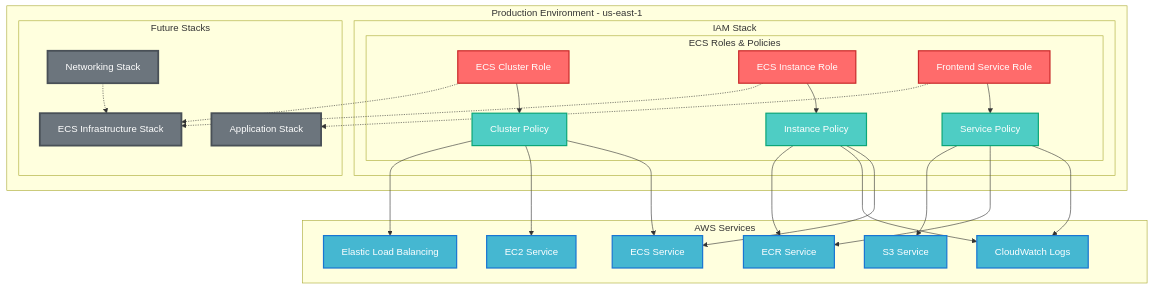
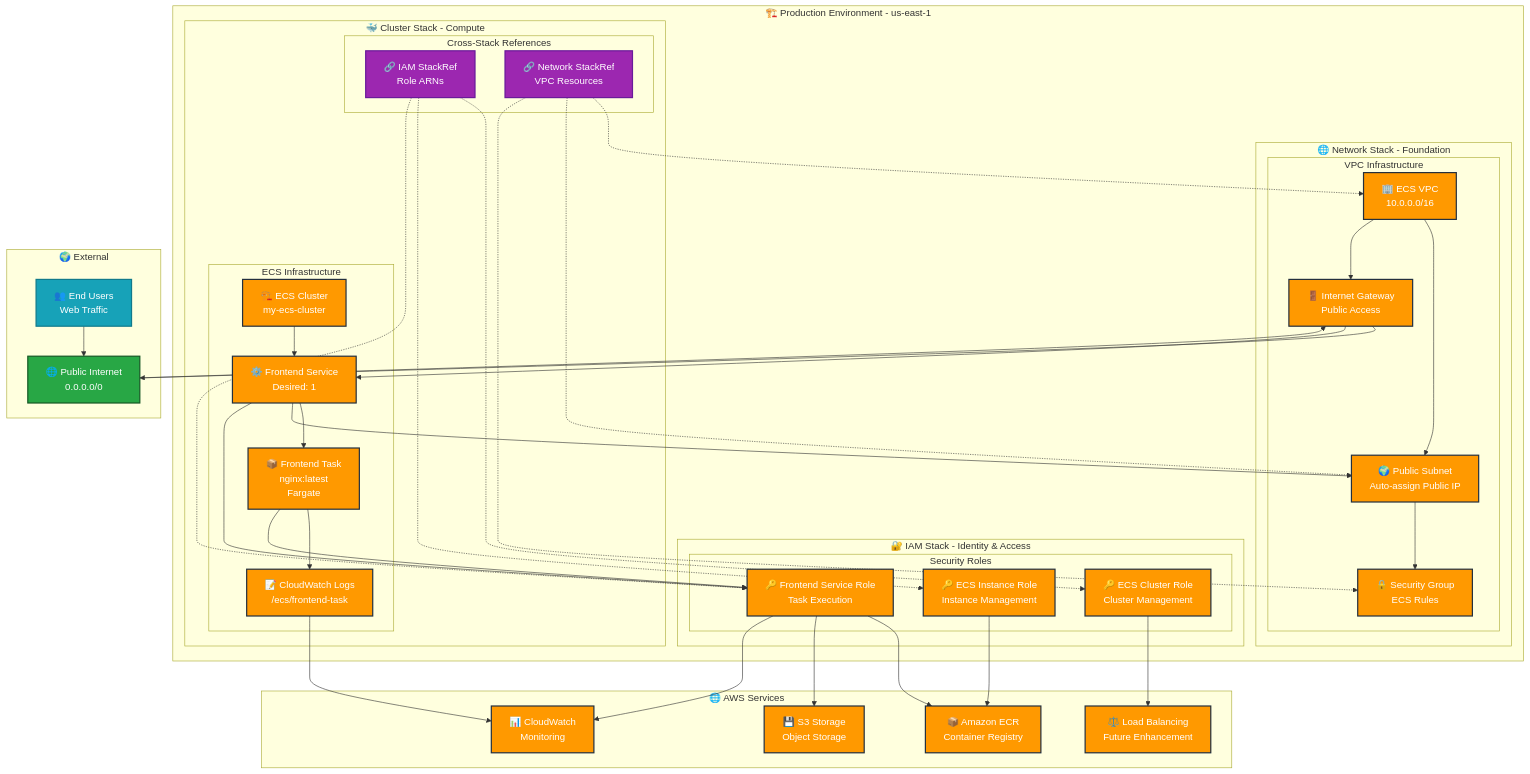
The first of 2 diagrams in master/overview.md (Elisabeth-Team/Architecture-Diagrams), drawn with Mermaid before and after one commit. The commit also changed other lines of this file and 9 other files, not shown here.

Commit message:
Update architecture diagrams with AWS icons and infrastructure focus

````diff
--- a/master/overview.md
+++ b/master/overview.md
@@ -11,62 +15,94 @@
 ```mermaid
 graph TB
-    %% Define styles
-    classDef aws fill:#FF9900,stroke:#232F3E,stroke-width:2px,color:#fff
-    classDef iam fill:#FF6B6B,stroke:#C92A2A,stroke-width:2px,color:#fff
-    classDef policy fill:#4ECDC4,stroke:#0CA678,stroke-width:2px,color:#fff
-    classDef service fill:#45B7D1,stroke:#1976D2,stroke-width:2px,color:#fff
-    classDef stack fill:#6C757D,stroke:#495057,stroke-width:3px,color:#fff
-    
-    subgraph "Production Environment - us-east-1"
-        subgraph "IAM Stack"
-            subgraph "ECS Roles & Policies"
-                ECR[ECS Cluster Role]:::iam
-                EIR[ECS Instance Role]:::iam
-                FSR[Frontend Service Role]:::iam
-                
-                ECRP[Cluster Policy]:::policy
-                EIRP[Instance Policy]:::policy
-                FSRP[Service Policy]:::policy
+    %% Define AWS service icon styles
+    classDef awsSecurity fill:#FF9900,stroke:#232F3E,stroke-width:2px,color:#fff
+    classDef awsNetwork fill:#FF9900,stroke:#232F3E,stroke-width:2px,color:#fff
+    classDef awsCompute fill:#FF9900,stroke:#232F3E,stroke-width:2px,color:#fff
+    classDef awsMonitoring fill:#FF9900,stroke:#232F3E,stroke-width:2px,color:#fff
+    classDef awsStorage fill:#FF9900,stroke:#232F3E,stroke-width:2px,color:#fff
+    classDef stackref fill:#9C27B0,stroke:#6A1B9A,stroke-width:2px,color:#fff
+    classDef internet fill:#28A745,stroke:#155724,stroke-width:2px,color:#fff
+    classDef users fill:#17A2B8,stroke:#117A8B,stroke-width:2px,color:#fff
+
+    subgraph "🏗️ Production Environment - us-east-1"
+        subgraph "🔐 IAM Stack - Identity & Access"
+            subgraph "Security Roles"
+                ECR["🔑 ECS Cluster Role<br/>Cluster Management"]:::awsSecurity
+                EIR["🔑 ECS Instance Role<br/>Instance Management"]:::awsSecurity
+                FSR["🔑 Frontend Service Role<br/>Task Execution"]:::awsSecurity
             end
         end
-        
-        subgraph "Future Stacks"
-            FUTURE1[ECS Infrastructure Stack]:::stack
-            FUTURE2[Application Stack]:::stack
-            FUTURE3[Networking Stack]:::stack
+
+        subgraph "🌐 Network Stack - Foundation"
+            subgraph "VPC Infrastructure"
+                VPC["🏢 ECS VPC<br/>10.0.0.0/16"]:::awsNetwork
+                SUBNET["🌍 Public Subnet<br/>Auto-assign Public IP"]:::awsNetwork
+                IGW["🚪 Internet Gateway<br/>Public Access"]:::awsNetwork
+                SG["🔒 Security Group<br/>ECS Rules"]:::awsSecurity
+            end
+        end
+
+        subgraph "🐳 Cluster Stack - Compute"
+            subgraph "ECS Infrastructure"
+                CLUSTER["🏗️ ECS Cluster<br/>my-ecs-cluster"]:::awsCompute
+                TASKDEF["📦 Frontend Task<br/>nginx:latest<br/>Fargate"]:::awsCompute
+                SERVICE["⚙️ Frontend Service<br/>Desired: 1"]:::awsCompute
+                LOGS["📝 CloudWatch Logs<br/>/ecs/frontend-task"]:::awsMonitoring
+            end
+
+            subgraph "Cross-Stack References"
+                IAM_REF["🔗 IAM StackRef<br/>Role ARNs"]:::stackref
+                NET_REF["🔗 Network StackRef<br/>VPC Resources"]:::stackref
+            end
         end
     end
-    
-    subgraph "AWS Services"
-        ECS[ECS Service]:::service
-        EC2[EC2 Service]:::service
-        ECR_SVC[ECR Service]:::service
-        LOGS[CloudWatch Logs]:::service
-        S3[S3 Service]:::service
-        ELB[Elastic Load Balancing]:::service
+
+    subgraph "🌐 AWS Services"
+        ECR_SVC["📦 Amazon ECR<br/>Container Registry"]:::awsStorage
+        CW["📊 CloudWatch<br/>Monitoring"]:::awsMonitoring
+        ELB["⚖️ Load Balancing<br/>Future Enhancement"]:::awsNetwork
+        S3["💾 S3 Storage<br/>Object Storage"]:::awsStorage
     end
-    
-    %% Current relationships
-    ECR --> ECRP
-    EIR --> EIRP
-    FSR --> FSRP
-    
-    %% Service relationships
-    ECRP --> ECS
-    ECRP --> EC2
-    ECRP --> ELB
-    
-    EIRP --> ECS
-    EIRP --> LOGS
-    EIRP --> ECR_SVC
-    
-    FSRP --> LOGS
-    FSRP --> ECR_SVC
-    FSRP --> S3
-    
-    %% Future stack dependencies (will be updated when stacks are created)
-    ECR -.-> FUTURE1
-    EIR -.-> FUTURE1
-    FSR -.-> FUTURE2
-    FUTURE3 -.-> FUTURE1
+
+    subgraph "🌍 External"
+        INTERNET["🌐 Public Internet<br/>0.0.0.0/0"]:::internet
+        USERS["👥 End Users<br/>Web Traffic"]:::users
+    end
+
+    %% Cross-stack relationships via StackReferences
+    IAM_REF -.-> ECR
+    IAM_REF -.-> EIR
+    IAM_REF -.-> FSR
+    NET_REF -.-> VPC
+    NET_REF -.-> SUBNET
+    NET_REF -.-> SG
+
+    %% Infrastructure relationships
+    VPC --> SUBNET
+    VPC --> IGW
+    SUBNET --> SG
+    IGW --> INTERNET
+
+    %% ECS relationships
+    CLUSTER --> SERVICE
+    SERVICE --> TASKDEF
+    TASKDEF --> LOGS
+
+    %% Service execution relationships
+    SERVICE --> SUBNET
+    SERVICE --> FSR
+    TASKDEF --> FSR
+
+    %% External service relationships
+    FSR --> ECR_SVC
+    FSR --> S3
+    FSR --> CW
+    ECR --> ELB
+    EIR --> ECR_SVC
+    LOGS --> CW
+
+    %% User traffic flow
+    USERS --> INTERNET
+    INTERNET --> IGW
+    IGW --> SERVICE
 ```
````
